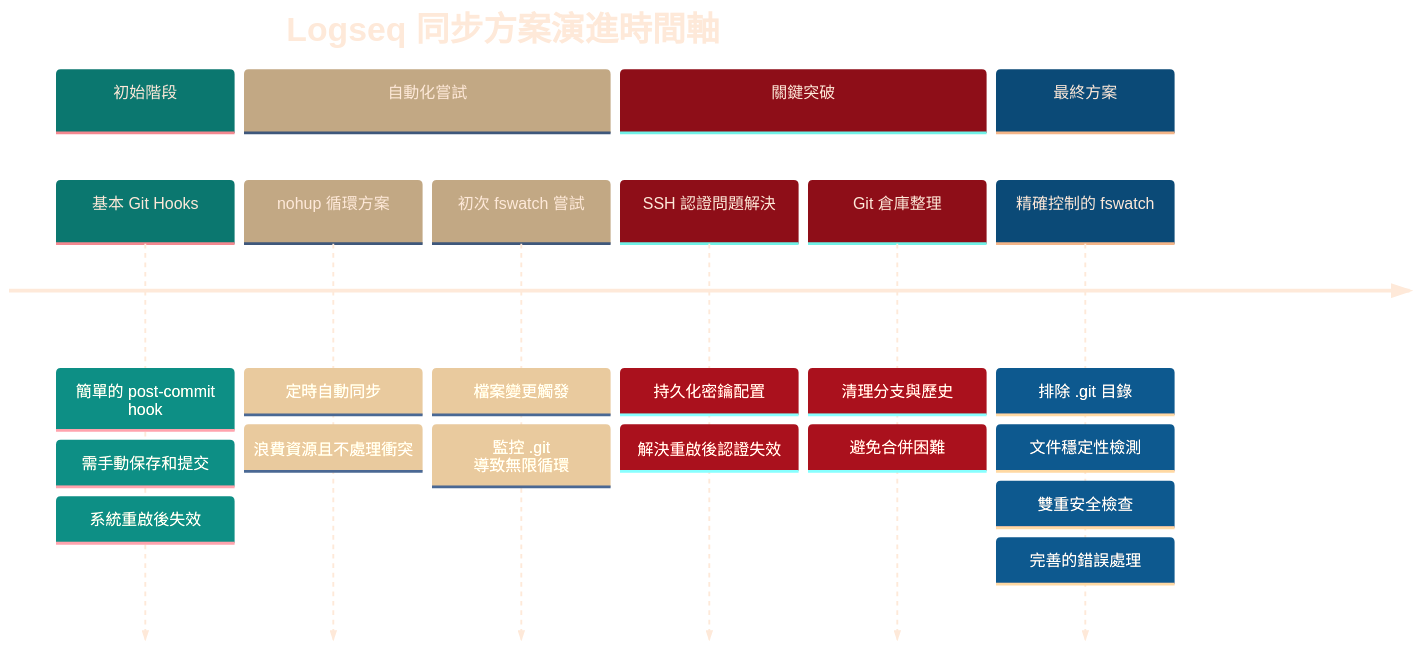
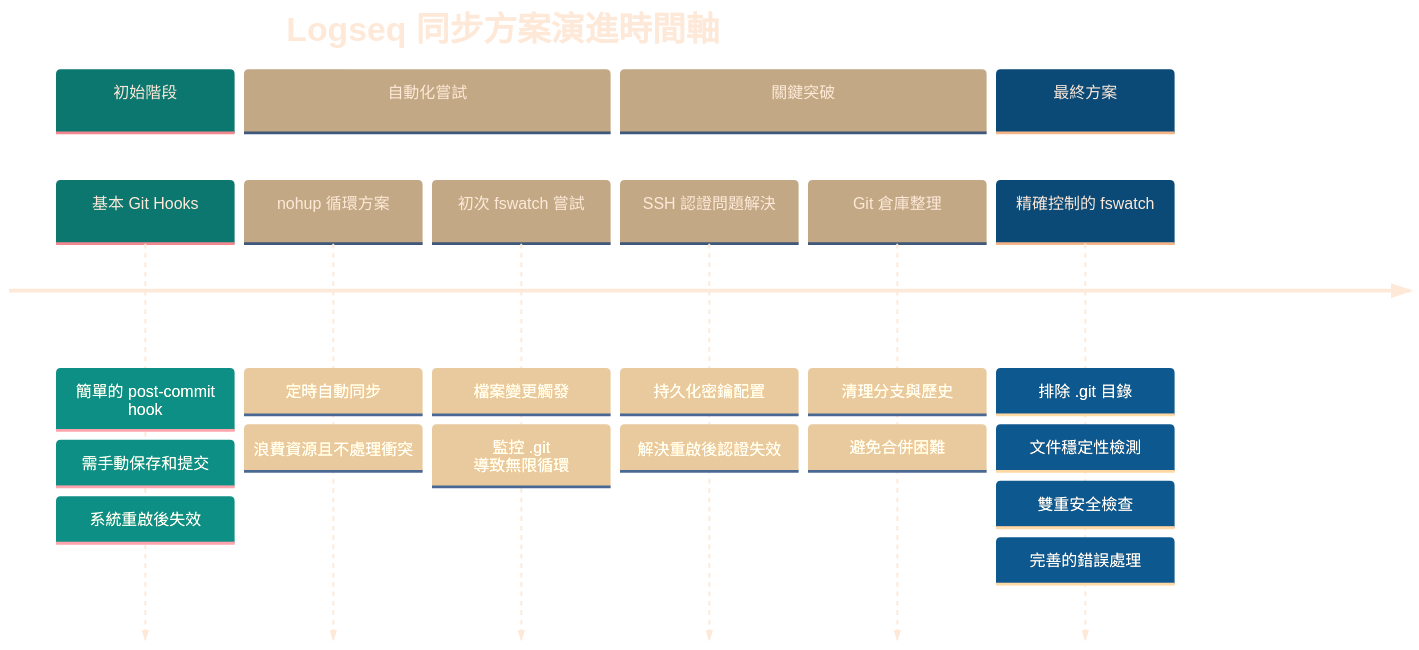
Before and after one commit to GengGeng026/Sync-Logseq: the first of 2 diagrams in Logseq同步方案演進記錄.md, drawn with Mermaid.

Commit message:
Auto-sync: Wed Mar 26 09:58:53 +08 2025

````diff
--- a/Logseq同步方案演進記錄.md
+++ b/Logseq同步方案演進記錄.md
@@ -24,37 +24,38 @@
 ```mermaid
 %%{init: {
   'theme': 'base', 
   'themeVariables': {
     'primaryTextColor': '#FEE9D9',
     'primaryColor': '#19E9D9',
     'secondaryColor': '#ECE4D9',
+    'tertiaryColor': '#ECE4D9',
     'primaryBorderColor': '#A9D9D9',
     'background': 'transparent',
     'clusterBkg': 'transparent',
     'fontFamily': 'default',
     'fontSize': '17px',
     'fontWeight': 'normal'
   }
 }}%%
 timeline
     title Logseq 同步方案演進時間軸
     section 初始階段
         基本 Git Hooks : 簡單的 post-commit hook
         : 需手動保存和提交
         : 系統重啟後失效
     section 自動化嘗試
         nohup 循環方案 : 定時自動同步
         : 浪費資源且不處理衝突
         初次 fswatch 嘗試 : 檔案變更觸發
         : 監控 .git 導致無限循環
     section 關鍵突破
         SSH 認證問題解決 : 持久化密鑰配置
         : 解決重啟後認證失效
         Git 倉庫整理 : 清理分支與歷史
         : 避免合併困難
     section 最終方案
         精確控制的 fswatch : 排除 .git 目錄
         : 文件穩定性檢測
         : 雙重安全檢查
         : 完善的錯誤處理
 ```
````
